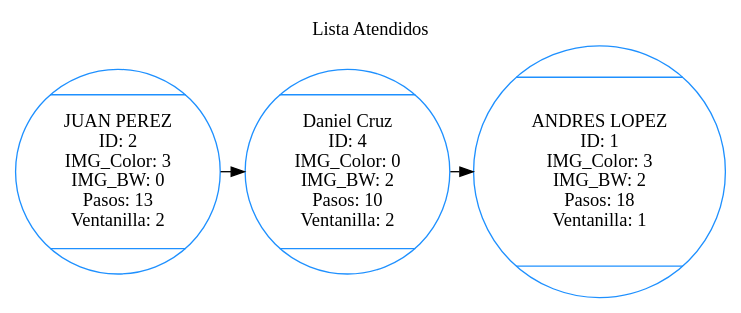
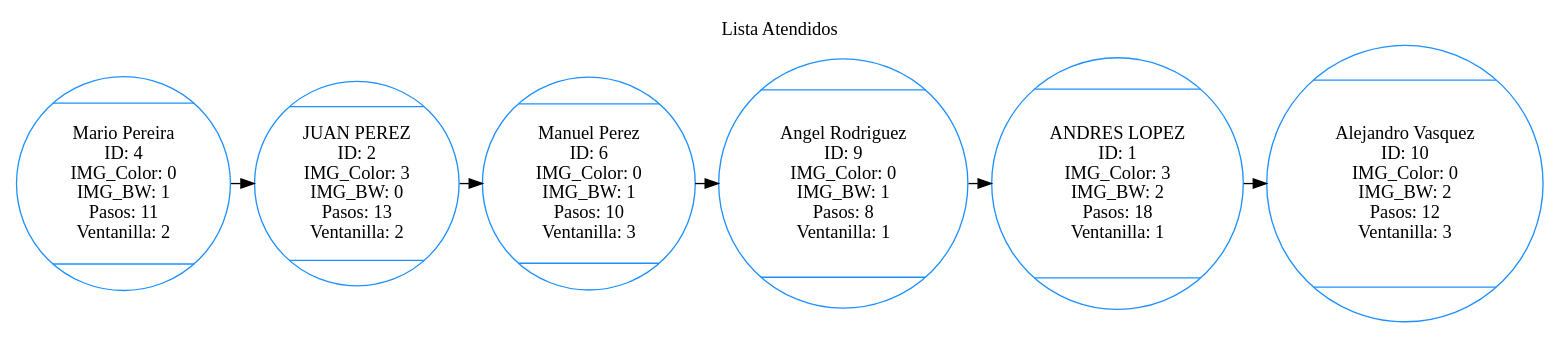
Before and after one commit to LuisBarrera23/EDD_PROYECTO_FASE1_202010223: the diagram in [EDD]PROYECTO_FASE1_202010223/ListaAtendidos.dot, drawn with Graphviz. The commit also changed 19 other files, not shown here.

```diff
--- a/[EDD]PROYECTO_FASE1_202010223/ListaAtendidos.dot
+++ b/[EDD]PROYECTO_FASE1_202010223/ListaAtendidos.dot
@@ -1,12 +1,18 @@
 digraph G{
 label="Lista Atendidos";
 labelloc = "t"
 node [shape=Mcircle,color=dodgerblue1];
+cliente1915910607[label="Mario Pereira\nID: 4\nIMG_Color: 0\nIMG_BW: 1\nPasos: 11\nVentanilla: 2", width=1.5,height=1.5];
 cliente1791741888[label="JUAN PEREZ\nID: 2\nIMG_Color: 3\nIMG_BW: 0\nPasos: 13\nVentanilla: 2", width=1.5,height=1.5];
-cliente1915910607[label="Daniel Cruz\nID: 4\nIMG_Color: 0\nIMG_BW: 2\nPasos: 10\nVentanilla: 2", width=1.5,height=1.5];
+cliente189568618[label="Manuel Perez\nID: 6\nIMG_Color: 0\nIMG_BW: 1\nPasos: 10\nVentanilla: 3", width=1.5,height=1.5];
+cliente495053715[label="Angel Rodriguez\nID: 9\nIMG_Color: 0\nIMG_BW: 1\nPasos: 8\nVentanilla: 1", width=1.5,height=1.5];
 cliente2065951873[label="ANDRES LOPEZ\nID: 1\nIMG_Color: 3\nIMG_BW: 2\nPasos: 18\nVentanilla: 1", width=1.5,height=1.5];
+cliente1922154895[label="Alejandro Vasquez\nID: 10\nIMG_Color: 0\nIMG_BW: 2\nPasos: 12\nVentanilla: 3", width=1.5,height=1.5];
 {rank=same
-cliente1791741888->cliente1915910607;
-cliente1915910607->cliente2065951873;
+cliente1915910607->cliente1791741888;
+cliente1791741888->cliente189568618;
+cliente189568618->cliente495053715;
+cliente495053715->cliente2065951873;
+cliente2065951873->cliente1922154895;
 }
 }
```
